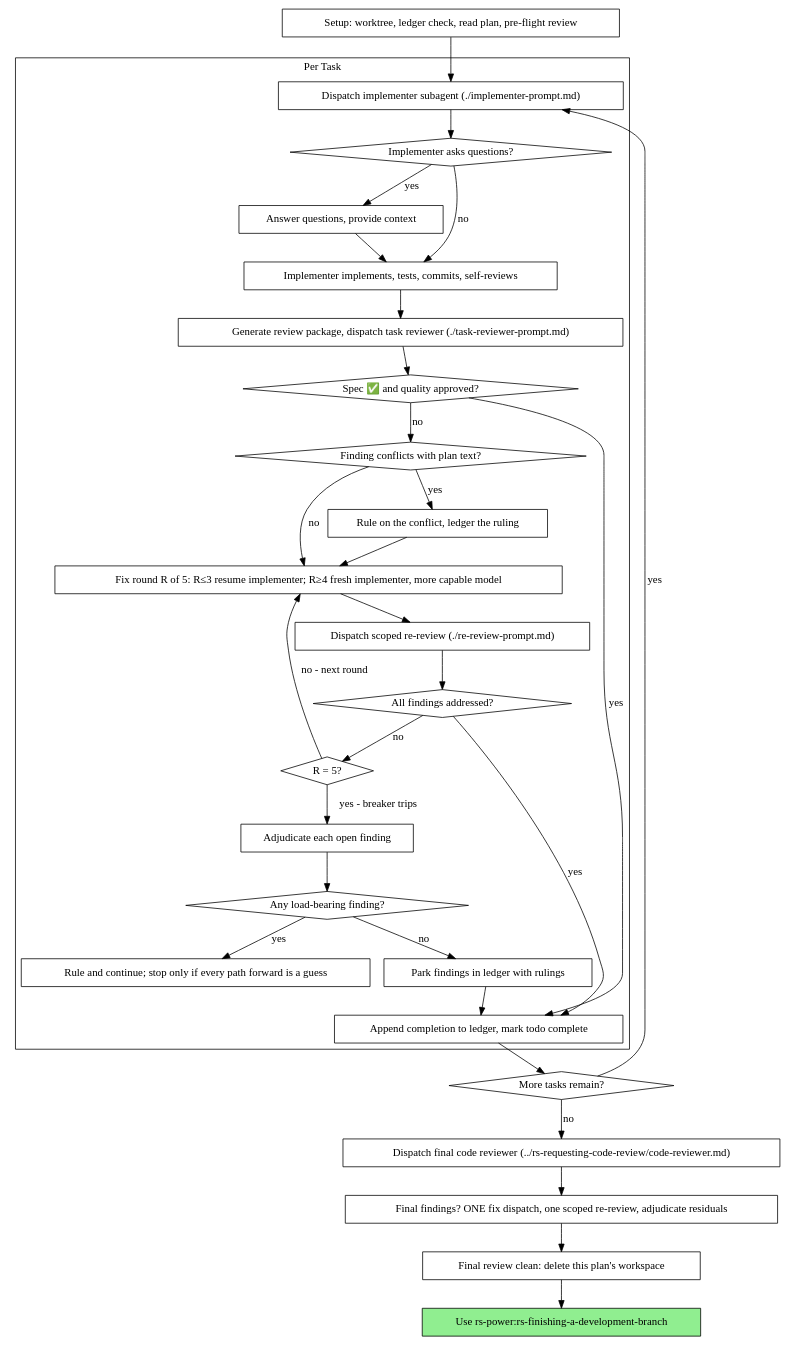
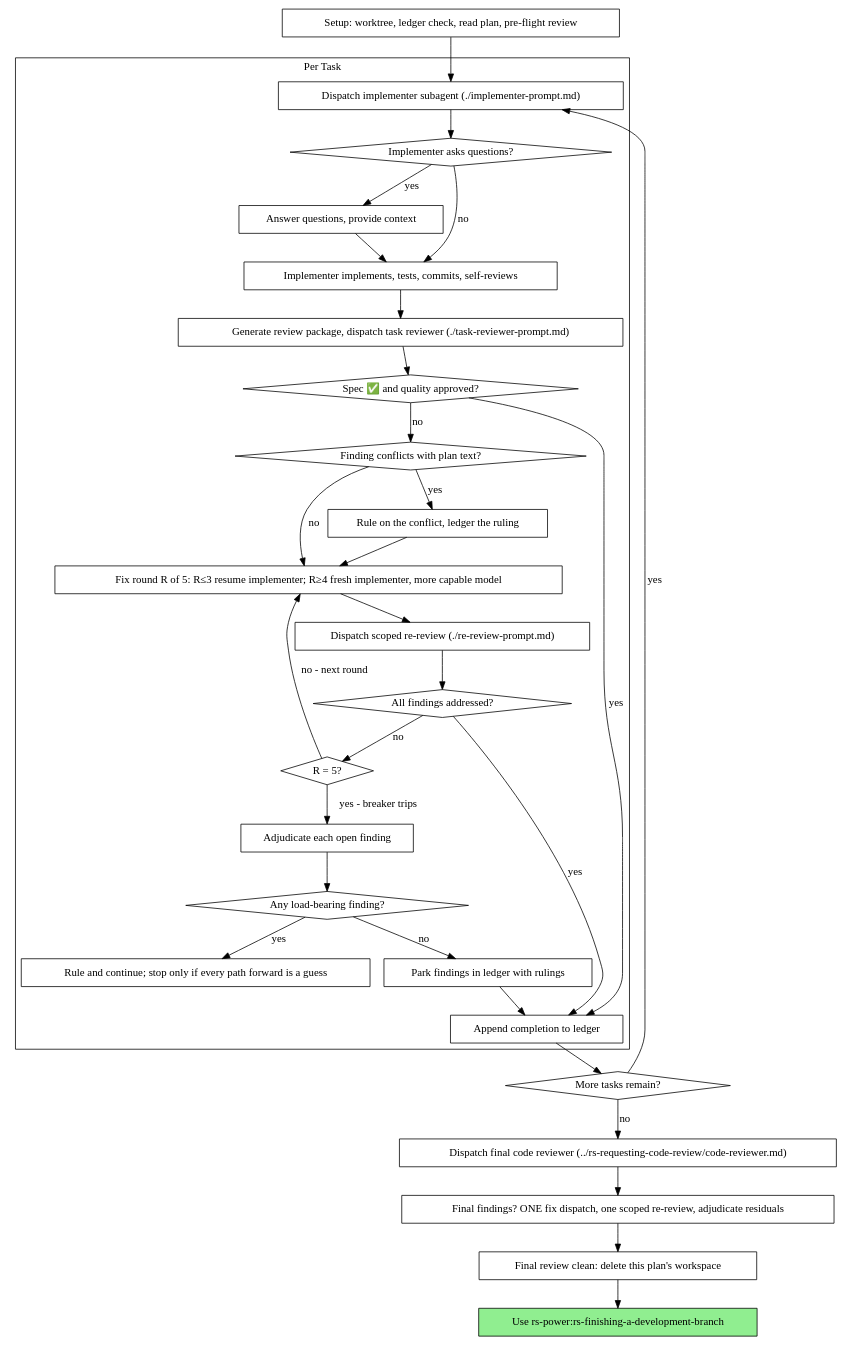
One commit to rstful/rs-power changed the second of 2 diagrams in skills/rs-subagent-driven-development/SKILL.md. Above: the diagram before and after it, drawn with Graphviz. The commit also changed other lines of this file, not shown here.

First line of the commit message:
fix(rs-subagent-driven-development): keep task progress in the ledger

````diff
--- a/skills/rs-subagent-driven-development/SKILL.md
+++ b/skills/rs-subagent-driven-development/SKILL.md
@@ -61,62 +61,62 @@
 ```dot
 digraph process {
     rankdir=TB;
 
     subgraph cluster_per_task {
         label="Per Task";
         "Dispatch implementer subagent (./implementer-prompt.md)" [shape=box];
         "Implementer asks questions?" [shape=diamond];
         "Answer questions, provide context" [shape=box];
         "Implementer implements, tests, commits, self-reviews" [shape=box];
         "Generate review package, dispatch task reviewer (./task-reviewer-prompt.md)" [shape=box];
         "Spec ✅ and quality approved?" [shape=diamond];
         "Finding conflicts with plan text?" [shape=diamond];
         "Rule on the conflict, ledger the ruling" [shape=box];
         "Fix round R of 5: R≤3 resume implementer; R≥4 fresh implementer, more capable model" [shape=box];
         "Dispatch scoped re-review (./re-review-prompt.md)" [shape=box];
         "All findings addressed?" [shape=diamond];
         "R = 5?" [shape=diamond];
         "Adjudicate each open finding" [shape=box];
         "Any load-bearing finding?" [shape=diamond];
         "Rule and continue; stop only if every path forward is a guess" [shape=box];
         "Park findings in ledger with rulings" [shape=box];
-        "Append completion to ledger, mark todo complete" [shape=box];
+        "Append completion to ledger" [shape=box];
     }
 
     "Setup: worktree, ledger check, read plan, pre-flight review" [shape=box];
     "More tasks remain?" [shape=diamond];
     "Dispatch final code reviewer (../rs-requesting-code-review/code-reviewer.md)" [shape=box];
     "Final findings? ONE fix dispatch, one scoped re-review, adjudicate residuals" [shape=box];
     "Final review clean: delete this plan's workspace" [shape=box];
     "Use rs-power:rs-finishing-a-development-branch" [shape=box style=filled fillcolor=lightgreen];
 
     "Setup: worktree, ledger check, read plan, pre-flight review" -> "Dispatch implementer subagent (./implementer-prompt.md)";
     "Dispatch implementer subagent (./implementer-prompt.md)" -> "Implementer asks questions?";
     "Implementer asks questions?" -> "Answer questions, provide context" [label="yes"];
     "Answer questions, provide context" -> "Implementer implements, tests, commits, self-reviews";
     "Implementer asks questions?" -> "Implementer implements, tests, commits, self-reviews" [label="no"];
     "Implementer implements, tests, commits, self-reviews" -> "Generate review package, dispatch task reviewer (./task-reviewer-prompt.md)";
     "Generate review package, dispatch task reviewer (./task-reviewer-prompt.md)" -> "Spec ✅ and quality approved?";
-    "Spec ✅ and quality approved?" -> "Append completion to ledger, mark todo complete" [label="yes"];
+    "Spec ✅ and quality approved?" -> "Append completion to ledger" [label="yes"];
     "Spec ✅ and quality approved?" -> "Finding conflicts with plan text?" [label="no"];
     "Finding conflicts with plan text?" -> "Rule on the conflict, ledger the ruling" [label="yes"];
     "Rule on the conflict, ledger the ruling" -> "Fix round R of 5: R≤3 resume implementer; R≥4 fresh implementer, more capable model";
     "Finding conflicts with plan text?" -> "Fix round R of 5: R≤3 resume implementer; R≥4 fresh implementer, more capable model" [label="no"];
     "Fix round R of 5: R≤3 resume implementer; R≥4 fresh implementer, more capable model" -> "Dispatch scoped re-review (./re-review-prompt.md)";
     "Dispatch scoped re-review (./re-review-prompt.md)" -> "All findings addressed?";
-    "All findings addressed?" -> "Append completion to ledger, mark todo complete" [label="yes"];
+    "All findings addressed?" -> "Append completion to ledger" [label="yes"];
     "All findings addressed?" -> "R = 5?" [label="no"];
     "R = 5?" -> "Fix round R of 5: R≤3 resume implementer; R≥4 fresh implementer, more capable model" [label="no - next round"];
     "R = 5?" -> "Adjudicate each open finding" [label="yes - breaker trips"];
     "Adjudicate each open finding" -> "Any load-bearing finding?";
     "Any load-bearing finding?" -> "Rule and continue; stop only if every path forward is a guess" [label="yes"];
     "Any load-bearing finding?" -> "Park findings in ledger with rulings" [label="no"];
-    "Park findings in ledger with rulings" -> "Append completion to ledger, mark todo complete";
-    "Append completion to ledger, mark todo complete" -> "More tasks remain?";
+    "Park findings in ledger with rulings" -> "Append completion to ledger";
+    "Append completion to ledger" -> "More tasks remain?";
     "More tasks remain?" -> "Dispatch implementer subagent (./implementer-prompt.md)" [label="yes"];
     "More tasks remain?" -> "Dispatch final code reviewer (../rs-requesting-code-review/code-reviewer.md)" [label="no"];
     "Dispatch final code reviewer (../rs-requesting-code-review/code-reviewer.md)" -> "Final findings? ONE fix dispatch, one scoped re-review, adjudicate residuals";
     "Final findings? ONE fix dispatch, one scoped re-review, adjudicate residuals" -> "Final review clean: delete this plan's workspace";
     "Final review clean: delete this plan's workspace" -> "Use rs-power:rs-finishing-a-development-branch";
 }
 ```
````
